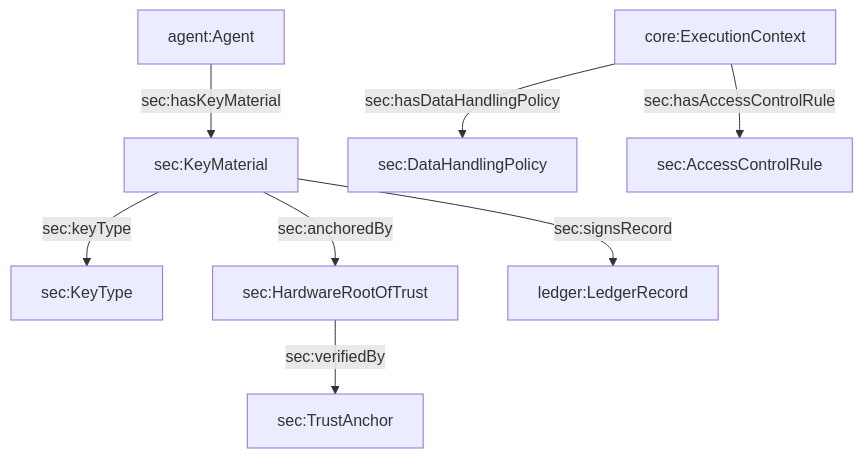
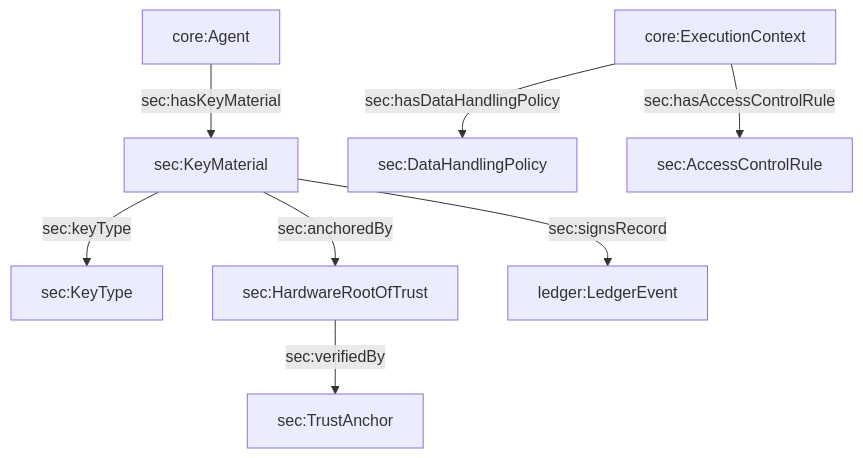
One commit to RichCanvas3/agent-ontology changed the second of 2 diagrams in docs/security-binding.md. Above: the diagram before and after it, drawn with Mermaid. The commit also changed other lines of this file and 30 other files, not shown here.

````diff
--- a/docs/security-binding.md
+++ b/docs/security-binding.md
@@ -49,10 +45,10 @@
 ```mermaid
 graph TD
-  A[agent:Agent] -->|sec:hasKeyMaterial| KM[sec:KeyMaterial]
+  A[core:Agent] -->|sec:hasKeyMaterial| KM[sec:KeyMaterial]
   KM -->|sec:keyType| KT[sec:KeyType]
   KM -->|sec:anchoredBy| HW[sec:HardwareRootOfTrust]
   HW -->|sec:verifiedBy| TA[sec:TrustAnchor]
-  KM -->|sec:signsRecord| LE[ledger:LedgerRecord]
+  KM -->|sec:signsRecord| LE[ledger:LedgerEvent]
   EC[core:ExecutionContext] -->|sec:hasDataHandlingPolicy| POL[sec:DataHandlingPolicy]
   EC -->|sec:hasAccessControlRule| ACR[sec:AccessControlRule]
 ```
````
